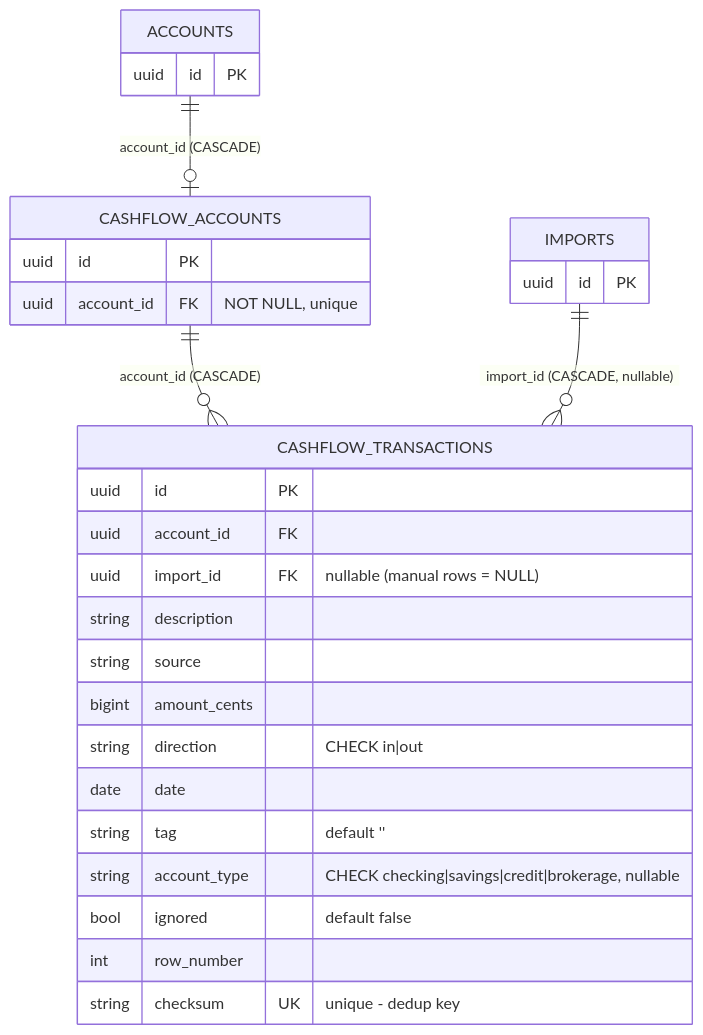
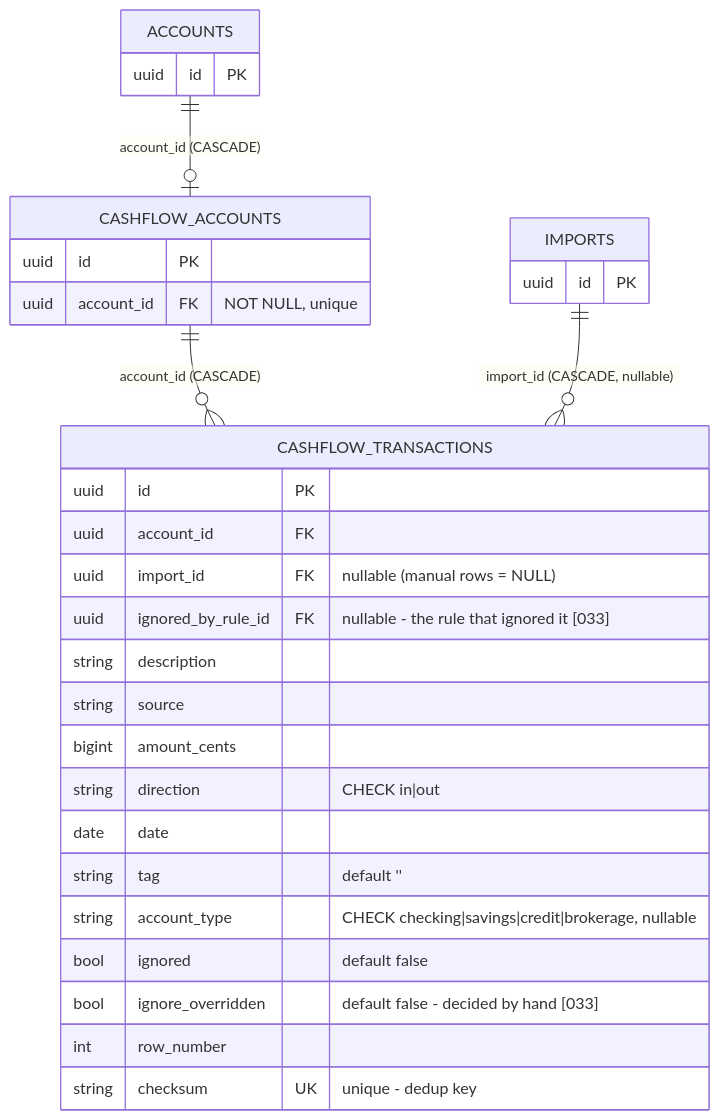
Before and after one commit to lennardclaproth/ta11y: the second of 4 diagrams in apps/api/docs/features/[009]_CASHFLOW.md, drawn with Mermaid. The commit also changed other lines of this file and 32 other files, not shown here.

````diff
--- a/apps/api/docs/features/[009]_CASHFLOW.md
+++ b/apps/api/docs/features/[009]_CASHFLOW.md
@@ -102,28 +103,30 @@
 ```mermaid
 erDiagram
     ACCOUNTS          ||--o| CASHFLOW_ACCOUNTS     : "account_id (CASCADE)"
     CASHFLOW_ACCOUNTS ||--o{ CASHFLOW_TRANSACTIONS : "account_id (CASCADE)"
     IMPORTS           ||--o{ CASHFLOW_TRANSACTIONS : "import_id (CASCADE, nullable)"
 
     CASHFLOW_TRANSACTIONS {
         uuid id PK
         uuid account_id FK
         uuid import_id FK "nullable (manual rows = NULL)"
+        uuid ignored_by_rule_id FK "nullable - the rule that ignored it [033]"
         string description
         string source
         bigint amount_cents
         string direction "CHECK in|out"
         date date
         string tag "default ''"
         string account_type "CHECK checking|savings|credit|brokerage, nullable"
         bool ignored "default false"
+        bool ignore_overridden "default false - decided by hand [033]"
         int row_number
         string checksum UK "unique - dedup key"
     }
     CASHFLOW_ACCOUNTS {
         uuid id PK
         uuid account_id FK "NOT NULL, unique"
     }
     ACCOUNTS { uuid id PK }
     IMPORTS  { uuid id PK }
 ```
````
